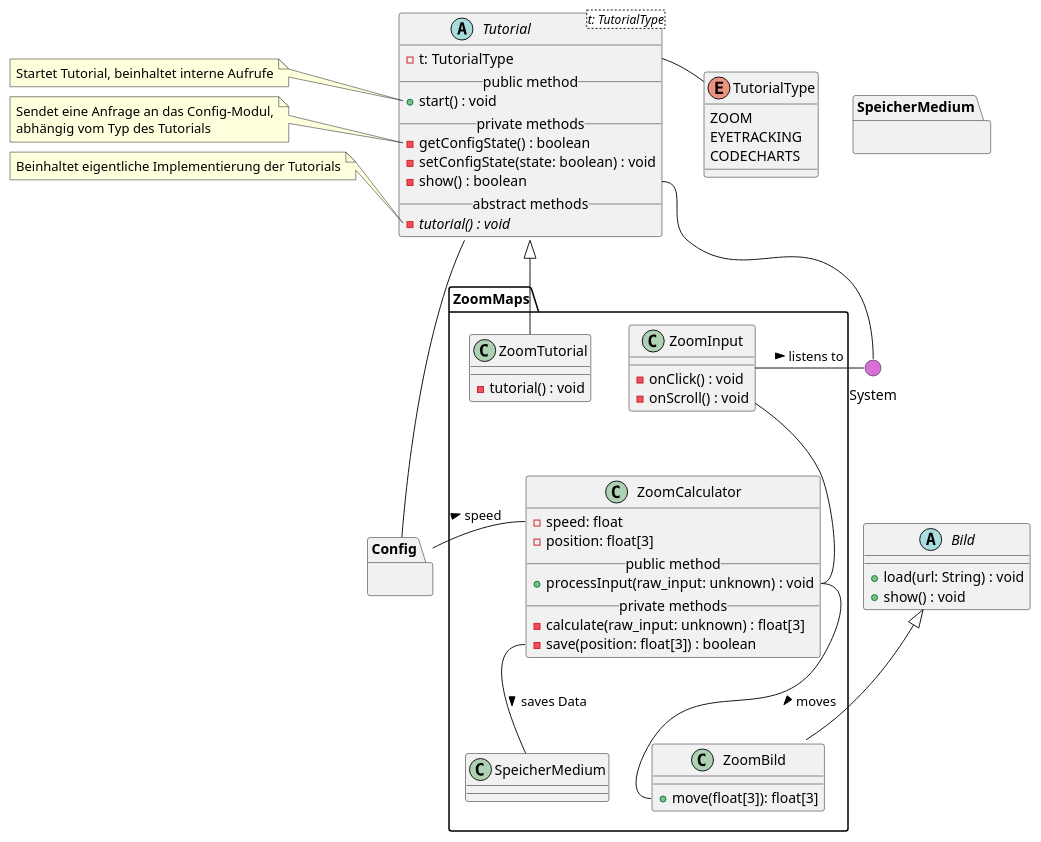
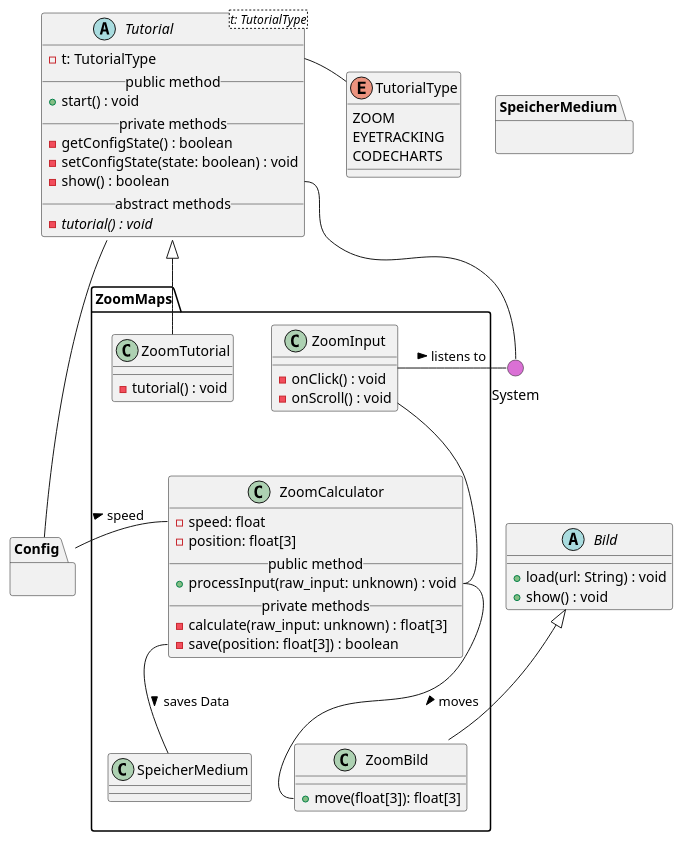
One commit to weichware10/meilensteine changed the diagram in meilenstein_03/uml-zoommaps/zoommaps.puml. Above: the diagram before and after it, drawn with PlantUML. The commit also changed 3 other files, not shown here.

```diff
--- a/meilenstein_03/uml-zoommaps/zoommaps.puml
+++ b/meilenstein_03/uml-zoommaps/zoommaps.puml
@@ -1,93 +1,89 @@
 @startuml zoommaps
 ' skinparam backgroundColor transparent
 () System #DA70D5
 top to bottom direction
 
 ' --- TUTORIAL ---
 abstract Tutorial<t: TutorialType> {
   - t: TutorialType
   __public method__
   + start() : void
   __private methods__
   - getConfigState() : boolean
   - setConfigState(state: boolean) : void
   - show() : boolean
   __abstract methods__
   - {abstract} tutorial() : void
 }
 
-note left of Tutorial::start
-    Startet Tutorial, beinhaltet interne Aufrufe
-end note
-note left of Tutorial::getConfigState
-    Sendet eine Anfrage an das Config-Modul,
-    abhängig vom Typ des Tutorials
-end note
-note left of Tutorial::tutorial
-    Beinhaltet eigentliche Implementierung der Tutorials
-end note
-
 enum TutorialType {
   ZOOM
   EYETRACKING
   CODECHARTS
 }
 
+' Interaktionen
 Tutorial::t -r- TutorialType
 Tutorial::show -- System
 Tutorial -- Config
+
 
 ' --- BILD ---
 
 abstract Bild {
   + load(url: String) : void
   + show() : void
 }
 
-
+' === ZOOM MAPS ===
 package ZoomMaps {
 
-  class ZoomInput {
-    - onClick() : void
-    - onScroll() : void
-  }
+    ' Zoom Input
+    class ZoomInput {
+        - onClick() : void
+        - onScroll() : void
+    }
 
-  class ZoomTutorial {
-    - tutorial() : void
-  }
+    ' Zoom Tutorial 
+    class ZoomTutorial {
+        - tutorial() : void
+    }
   
-  class ZoomCalculator {
-    - speed: float
-    - position: float[3]
-    __public method__
-    + processInput(raw_input: unknown) : void
-    __private methods__
-    - calculate(raw_input: unknown) : float[3]
-    - save(position: float[3]) : boolean
-  }
+    ' Zoom Calculator
+    class ZoomCalculator {
+        - speed: float
+        - position: float[3]
+        __public method__
+        + processInput(raw_input: unknown) : void
+        __private methods__
+        - calculate(raw_input: unknown) : float[3]
+        - save(position: float[3]) : boolean
+    }
 
-  class ZoomBild {
-    + move(float[3]): float[3]
-  }
+    ' Zoom Bild
+    class ZoomBild {
+        + move(float[3]): float[3]
+    }
 
 
-  ' Vererbungen
-  Bild <|-- ZoomBild
-  Tutorial <|-- ZoomTutorial
+    ' Vererbungen
+    Bild <|-- ZoomBild
+    Tutorial <|-- ZoomTutorial
 
-  ' Interaktionen
-  ZoomInput -- ZoomCalculator::processInput
-  ZoomCalculator::processInput  -- ZoomBild::move : > moves
+    ' Interaktionen
+    ZoomInput -- ZoomCalculator::processInput
+    ZoomCalculator::processInput  -- ZoomBild::move : > moves
 
-  ' Andere Module
-  ZoomCalculator::save -- SpeicherMedium : > saves Data
-  ZoomCalculator::speed -r- Config : < speed
-  ZoomInput -r- System : > listens to
+    ' Andere Module
+    ZoomCalculator::save -- SpeicherMedium : > saves Data
+    ZoomCalculator::speed -r- Config : < speed
+    ZoomInput -r- System : > listens to
   
 }
 
+' Blackboxen / Andere Module
 package Config {}
 
 package SpeicherMedium {}
 
 @enduml
```
